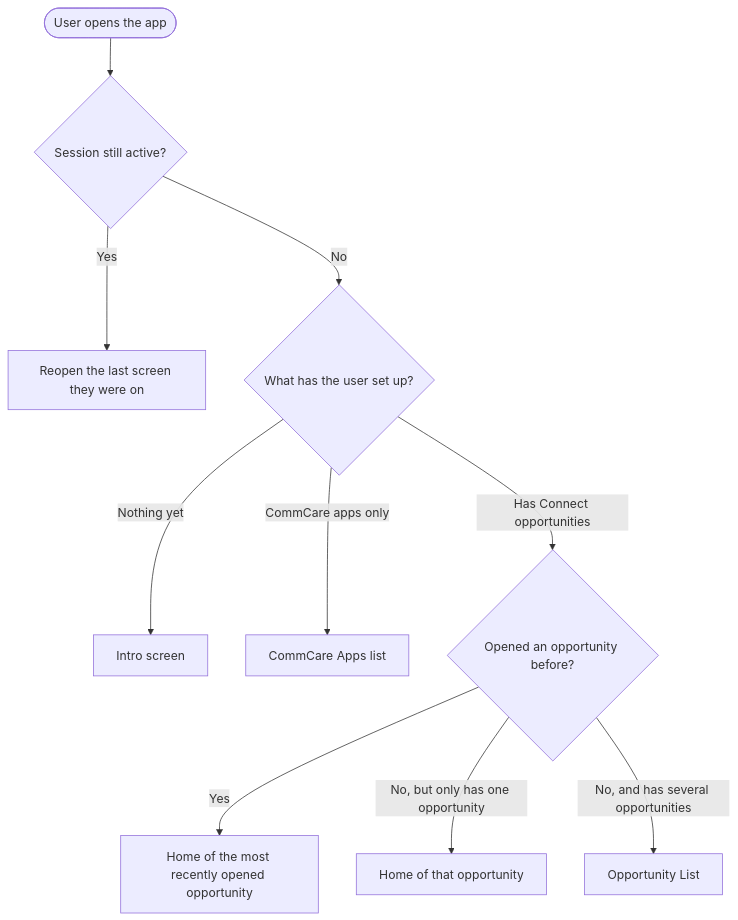
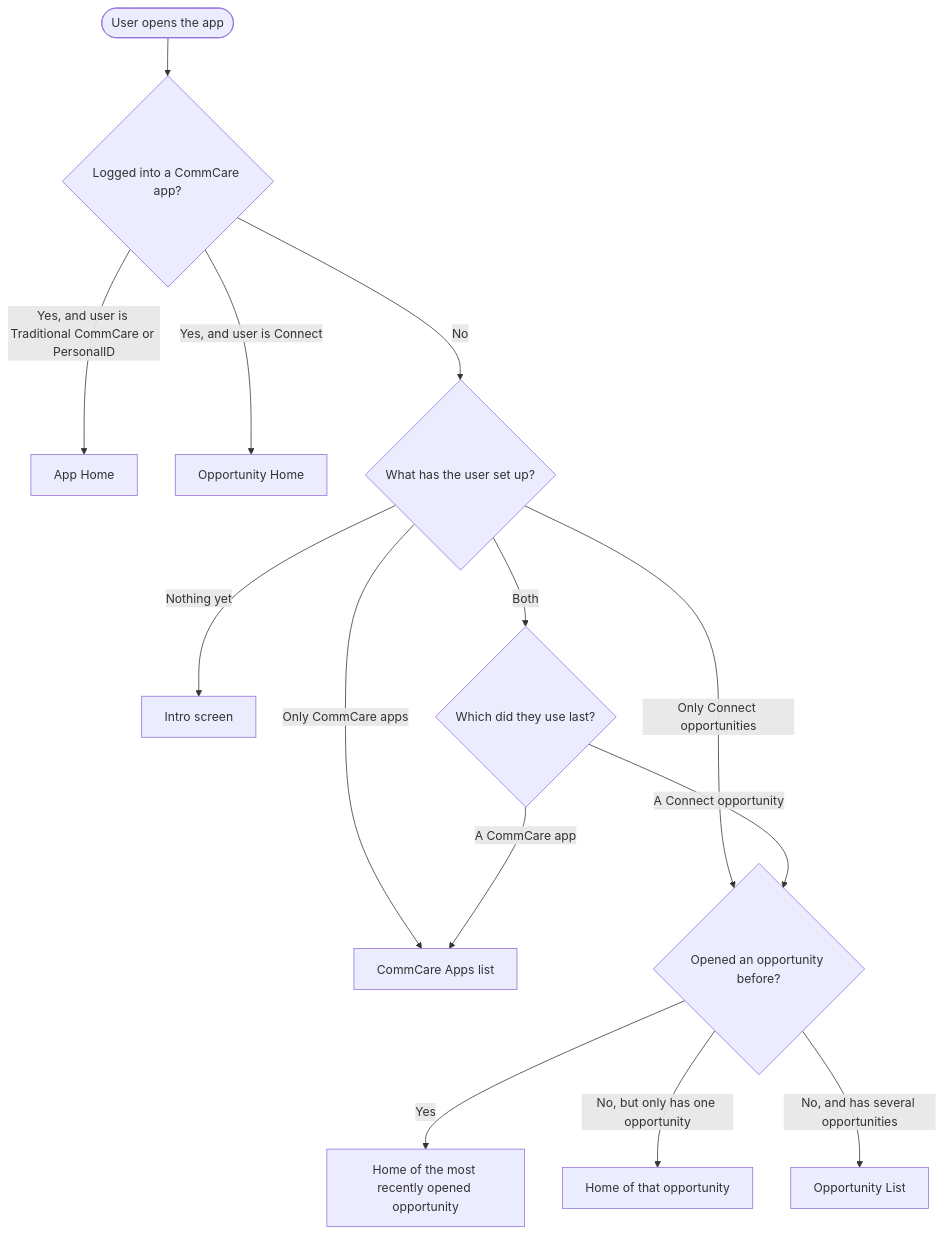
Before and after one commit to dimagi/commcare-android: the first of 4 diagrams in docs/superpowers/specs/2026-07-23-app-navigation-changes-design.md, drawn with Mermaid. The commit also changed other lines of this file, not shown here.

First line of the commit message:
CCCT-2520 App Navigation Changes Spec

````diff
--- a/docs/superpowers/specs/2026-07-23-app-navigation-changes-design.md
+++ b/docs/superpowers/specs/2026-07-23-app-navigation-changes-design.md
@@ -11,12 +11,16 @@
 ```mermaid
 flowchart TD
-    Open([User opens the app]) --> Active{Session still active?}
-    Active -- Yes --> Resume[Reopen the last screen they were on]
-    Active -- No --> Type{What has the user set up?}
-    Type -- Nothing yet --> Intro[Intro screen]
-    Type -- CommCare apps only --> Apps[CommCare Apps list]
-    Type -- Has Connect opportunities --> Opp{Opened an opportunity before?}
-    Opp -- Yes --> Home[Home of the most recently opened opportunity]
-    Opp -- No, but only has one opportunity --> HomeSingle[Home of that opportunity]
-    Opp -- No, and has several opportunities --> List[Opportunity List]
+    Open([User opens the app]) --> Active{Logged into a CommCare app?}
+    Active -->|Yes, and user is Traditional CommCare or PersonalID| AppHome[App Home]
+    Active -->|Yes, and user is Connect| OppHome[Opportunity Home]
+    Active -->|No| Type{What has the user set up?}
+    Type -->|Nothing yet| Intro[Intro screen]
+    Type -->|Only CommCare apps| Apps[CommCare Apps list]
+    Type -->|Only Connect opportunities| Opp{Opened an opportunity before?}
+    Type -->|Both| Last{Which did they use last?}
+    Last -->|A CommCare app| Apps
+    Last -->|A Connect opportunity| Opp
+    Opp -->|Yes| Home[Home of the most recently opened opportunity]
+    Opp -->|No, but only has one opportunity| HomeSingle[Home of that opportunity]
+    Opp -->|No, and has several opportunities| List[Opportunity List]
 ```
````
